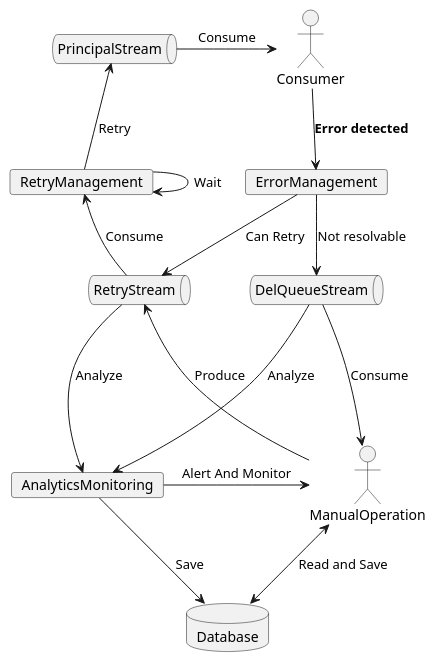
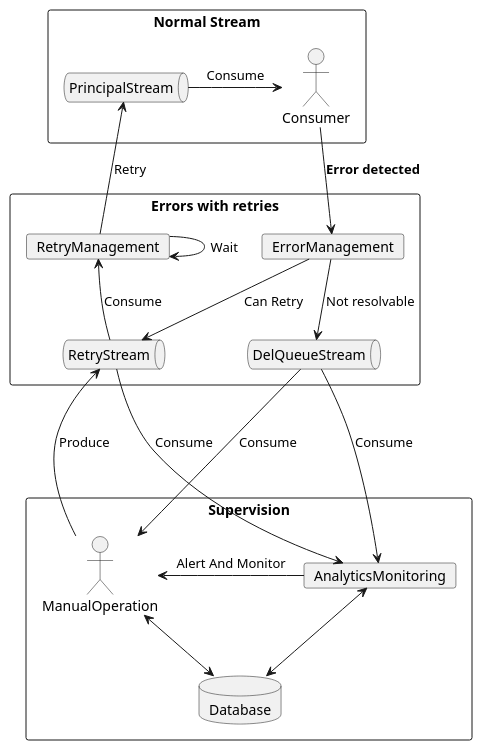
The diagram in errorFlow.wsd (buidiaconseil/ErrorManagementPattern), drawn with PlantUML before and after one commit.

Commit message:
Change flow

```diff
--- a/errorFlow.wsd
+++ b/errorFlow.wsd
@@ -1,28 +1,39 @@
 @startuml
+
+rectangle "Normal Stream"  {
 queue PrincipalStream
+actor Consumer
+}
+
+rectangle "Errors with retries"  {
 card ErrorManagement
 queue RetryStream
 card RetryManagement
-card AnalyticsMonitoring
 
+queue DelQueueStream
+}
+rectangle "Supervision"  {
+    card AnalyticsMonitoring
 actor ManualOperation
-actor Consumer
-queue DelQueueStream
+
+
 database Database
+}
+
 Consumer --> ErrorManagement : **Error detected**
 ErrorManagement --> RetryStream : Can Retry
 
 RetryManagement <-- RetryStream : Consume
 RetryManagement --> RetryManagement : Wait
 PrincipalStream <-- RetryManagement : Retry
 
 ErrorManagement --> DelQueueStream : Not resolvable
 DelQueueStream --> ManualOperation : Consume 
-ManualOperation <--> Database : Read and Save
+ManualOperation <--> Database 
 ManualOperation -> RetryStream : Produce
 Consumer <-l- PrincipalStream : Consume
-RetryStream ---> AnalyticsMonitoring : Analyze
-DelQueueStream --->AnalyticsMonitoring : Analyze
+RetryStream ---> AnalyticsMonitoring : Consume
+DelQueueStream --->AnalyticsMonitoring : Consume
 AnalyticsMonitoring->ManualOperation : Alert And Monitor
-AnalyticsMonitoring -> Database  : Save 
+AnalyticsMonitoring <-> Database    
 @enduml
```
